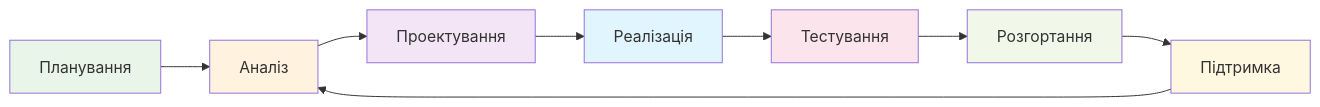
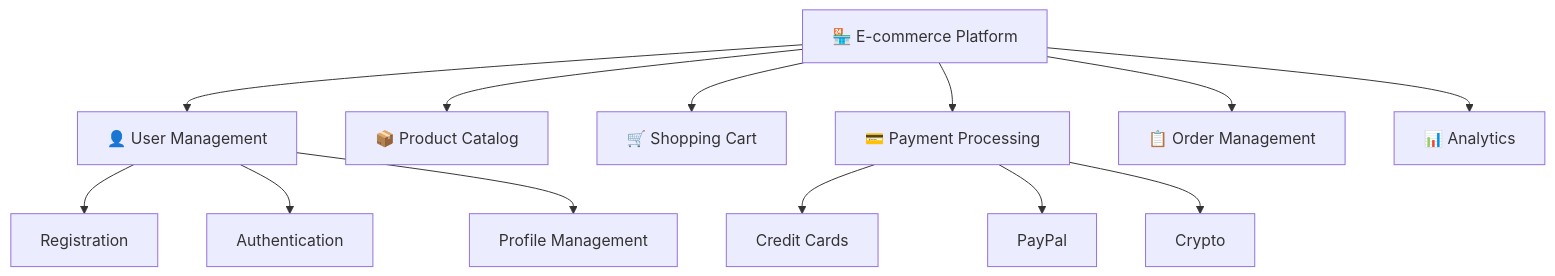
Before and after one commit to olroi421/course-opi: the third of 7 diagrams in docs/presentations/presentation-01.md, drawn with Mermaid. The commit also changed other lines of this file and 4 other files, not shown here.

````diff
--- a/docs/presentations/presentation-01.md
+++ b/docs/presentations/presentation-01.md
@@ -153,18 +156,17 @@
 ```mermaid
-graph LR
-    A[Планування] --> B[Аналіз]
-    B --> C[Проектування]
-    C --> D[Реалізація]
-    D --> E[Тестування]
-    E --> F[Розгортання]
-    F --> G[Підтримка]
-    G --> B
+graph TD
+    A[🏪 E-commerce Platform] --> B[👤 User Management]
+    A --> C[📦 Product Catalog]
+    A --> D[🛒 Shopping Cart]
+    A --> E[💳 Payment Processing]
+    A --> F[📋 Order Management]
+    A --> G[📊 Analytics]
 
-    style A fill:#e8f5e8
-    style B fill:#fff3e0
-    style C fill:#f3e5f5
-    style D fill:#e1f5fe
-    style E fill:#fce4ec
-    style F fill:#f1f8e9
-    style G fill:#fff8e1
+    B --> H[Registration]
+    B --> I[Authentication]
+    B --> J[Profile Management]
+
+    E --> K[Credit Cards]
+    E --> L[PayPal]
+    E --> M[Crypto]
 ```
````
